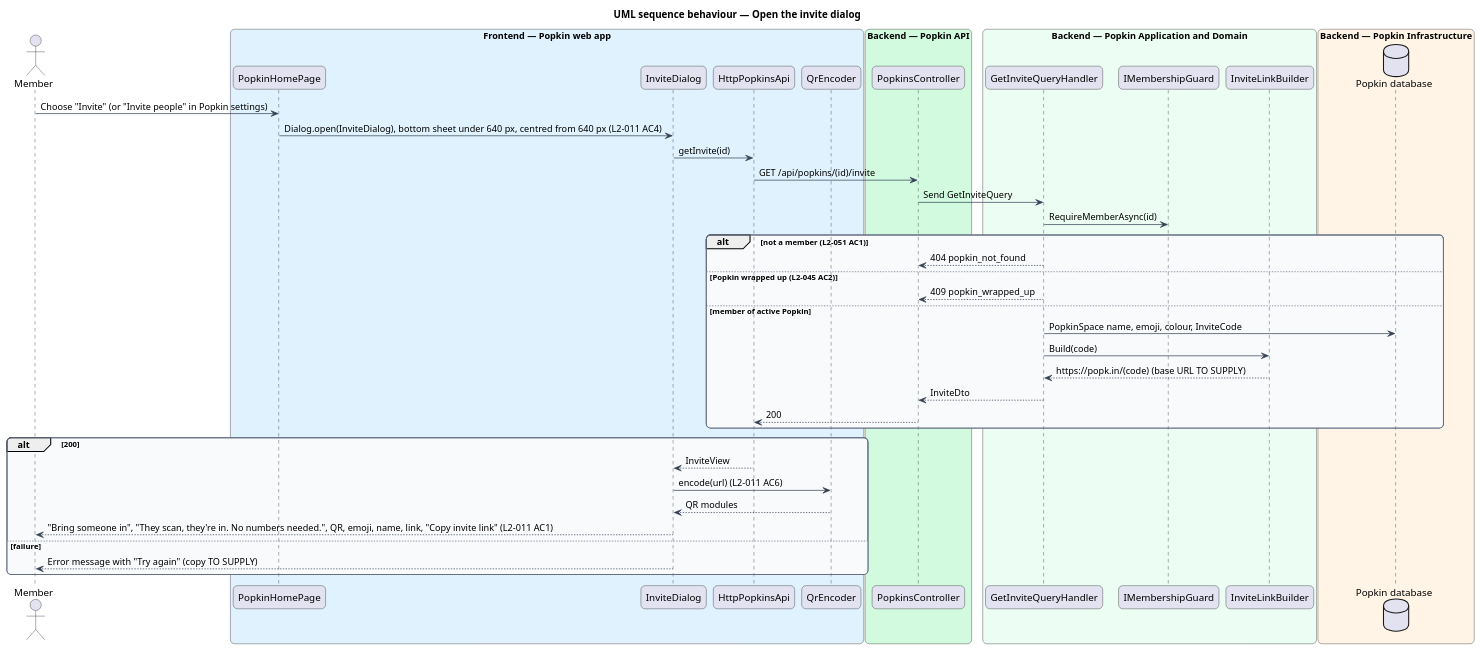
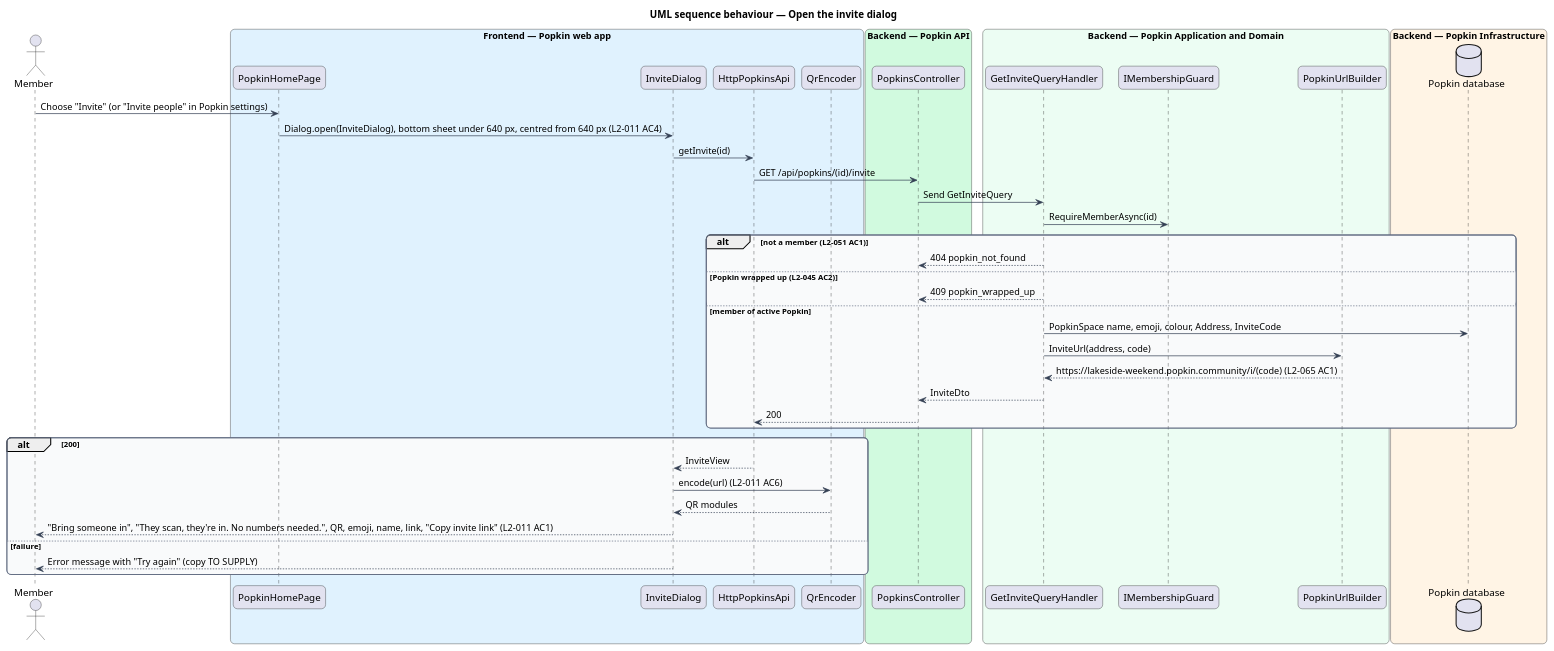
The diagram in docs/detailed-designs/invitations/invite-people/diagrams/sequence-open-invite.puml (QuinntyneBrown/popkin), drawn with PlantUML before and after one commit. The commit also changed 71 other files, not shown here.

First line of the commit message:
Design a Popkin's own address

```diff
--- a/docs/detailed-designs/invitations/invite-people/diagrams/sequence-open-invite.puml
+++ b/docs/detailed-designs/invitations/invite-people/diagrams/sequence-open-invite.puml
@@ -1,60 +1,60 @@
 @startuml
 title UML sequence behaviour — Open the invite dialog
 skinparam backgroundColor #FFFFFF
 skinparam shadowing false
 skinparam roundcorner 12
 skinparam defaultFontName Arial
 skinparam ArrowColor #344054
 skinparam rectangle {
   BorderColor #344054
   FontColor #101828
 }
 skinparam package {
   BorderColor #667085
   FontColor #101828
   BackgroundColor #F9FAFB
 }
 actor "Member" as actor
 box "Frontend — Popkin web app" #E0F2FE
   participant "PopkinHomePage" as page
   participant "InviteDialog" as dlg
   participant "HttpPopkinsApi" as client
   participant "QrEncoder" as enc
 end box
 box "Backend — Popkin API" #D1FADF
   participant "PopkinsController" as ctrl
 end box
 box "Backend — Popkin Application and Domain" #ECFDF3
   participant "GetInviteQueryHandler" as handler
   participant "IMembershipGuard" as guard
-  participant "InviteLinkBuilder" as link
+  participant "PopkinUrlBuilder" as link
 end box
 box "Backend — Popkin Infrastructure" #FFF4E5
   database "Popkin database" as db
 end box
 actor -> page : Choose "Invite" (or "Invite people" in Popkin settings)
 page -> dlg : Dialog.open(InviteDialog), bottom sheet under 640 px, centred from 640 px (L2-011 AC4)
 dlg -> client : getInvite(id)
 client -> ctrl : GET /api/popkins/(id)/invite
 ctrl -> handler : Send GetInviteQuery
 handler -> guard : RequireMemberAsync(id)
 alt not a member (L2-051 AC1)
   handler --> ctrl : 404 popkin_not_found
 else Popkin wrapped up (L2-045 AC2)
   handler --> ctrl : 409 popkin_wrapped_up
 else member of active Popkin
-  handler -> db : PopkinSpace name, emoji, colour, InviteCode
-  handler -> link : Build(code)
-  link --> handler : https://popk.in/(code) (base URL TO SUPPLY)
+  handler -> db : PopkinSpace name, emoji, colour, Address, InviteCode
+  handler -> link : InviteUrl(address, code)
+  link --> handler : https://lakeside-weekend.popkin.community/i/(code) (L2-065 AC1)
   handler --> ctrl : InviteDto
   ctrl --> client : 200
 end
 alt 200
   client --> dlg : InviteView
   dlg -> enc : encode(url) (L2-011 AC6)
   enc --> dlg : QR modules
   dlg --> actor : "Bring someone in", "They scan, they're in. No numbers needed.", QR, emoji, name, link, "Copy invite link" (L2-011 AC1)
 else failure
   dlg --> actor : Error message with "Try again" (copy TO SUPPLY)
 end
 @enduml
```
